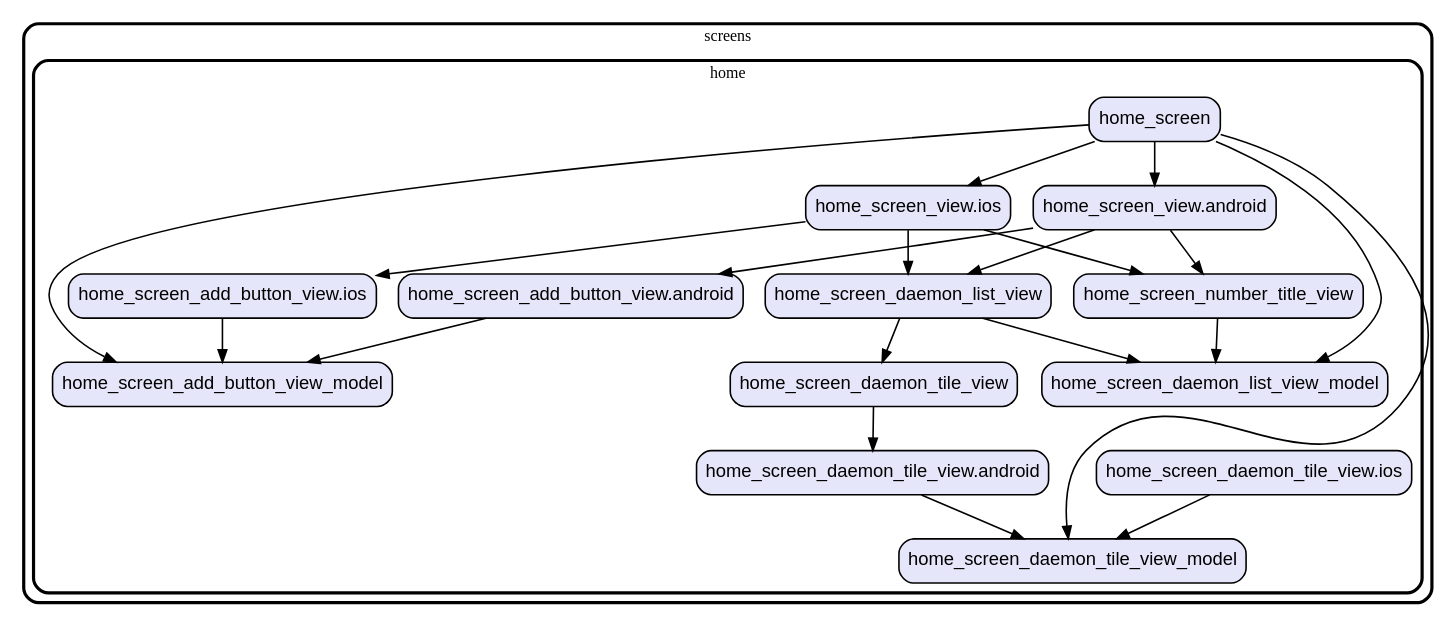
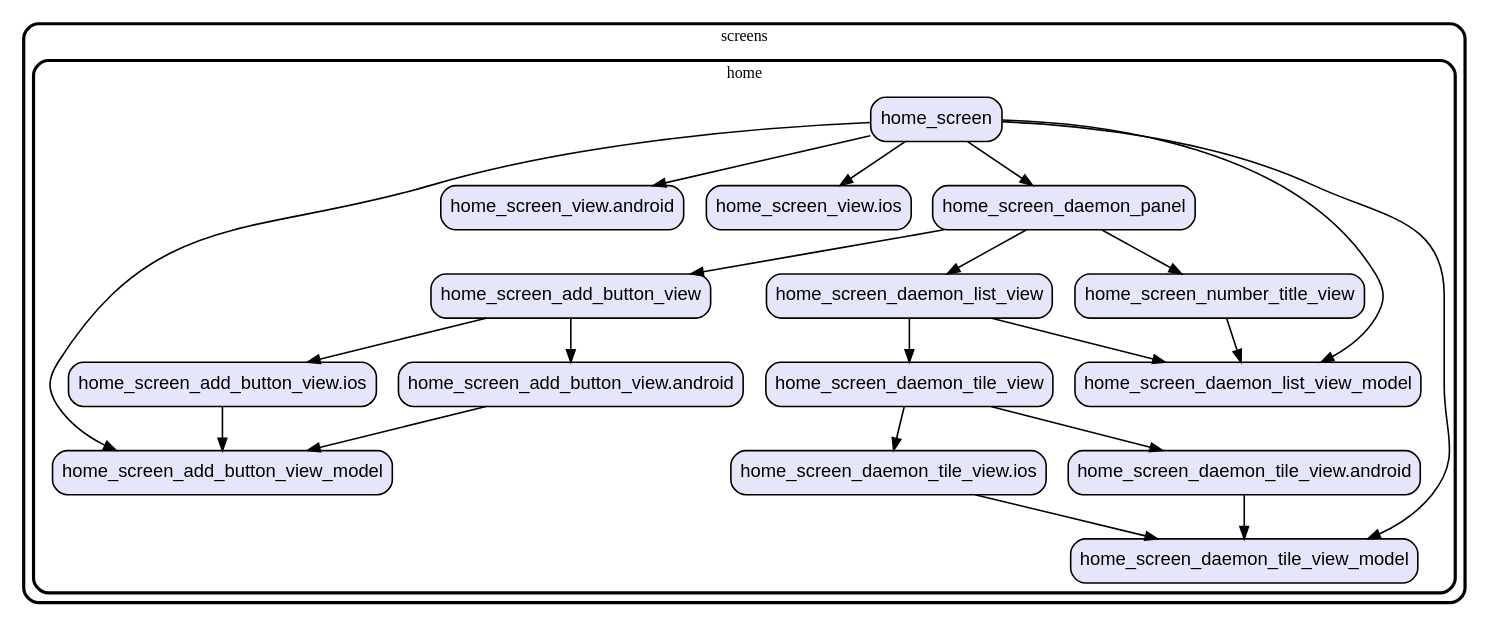
One commit to gev/reacthome-mobile changed the diagram in graph/lib/ui/screens.dot. Above: the diagram before and after it, drawn with Graphviz. The commit also changed 4 other files, not shown here.

Commit message:
update dependencies graph

```diff
--- a/graph/lib/ui/screens.dot
+++ b/graph/lib/ui/screens.dot
@@ -1,56 +1,61 @@
 digraph "" {
   graph [style=rounded fontname="Arial Black" fontsize=13 penwidth=2.6];
   node [shape=rect style="filled,rounded" fontname=Arial fontsize=15 fillcolor=Lavender penwidth=1.3];
   edge [penwidth=1.3];
   "/home/home_screen_daemon_tile_view.ios.dart" [label="home_screen_daemon_tile_view.ios"];
   "/home/home_screen_number_title_view.dart" [label="home_screen_number_title_view"];
+  "/home/home_screen_add_button_view.dart" [label="home_screen_add_button_view"];
   "/home/home_screen_add_button_view_model.dart" [label="home_screen_add_button_view_model"];
   "/home/home_screen_add_button_view.android.dart" [label="home_screen_add_button_view.android"];
   "/home/home_screen_view.android.dart" [label="home_screen_view.android"];
   "/home/home_screen_view.ios.dart" [label="home_screen_view.ios"];
   "/home/home_screen_daemon_tile_view_model.dart" [label="home_screen_daemon_tile_view_model"];
+  "/home/home_screen_daemon_panel.dart" [label="home_screen_daemon_panel"];
   "/home/home_screen_daemon_list_view_model.dart" [label="home_screen_daemon_list_view_model"];
   "/home/home_screen_daemon_tile_view.android.dart" [label="home_screen_daemon_tile_view.android"];
   "/home/home_screen_daemon_list_view.dart" [label="home_screen_daemon_list_view"];
   "/home/home_screen.dart" [label="home_screen"];
   "/home/home_screen_add_button_view.ios.dart" [label="home_screen_add_button_view.ios"];
   "/home/home_screen_daemon_tile_view.dart" [label="home_screen_daemon_tile_view"];
   subgraph "cluster~" {
     label="screens";
     subgraph "cluster~/home" {
       label="home";
       "/home/home_screen_daemon_tile_view.ios.dart";
       "/home/home_screen_number_title_view.dart";
+      "/home/home_screen_add_button_view.dart";
       "/home/home_screen_add_button_view_model.dart";
       "/home/home_screen_add_button_view.android.dart";
       "/home/home_screen_view.android.dart";
       "/home/home_screen_view.ios.dart";
       "/home/home_screen_daemon_tile_view_model.dart";
+      "/home/home_screen_daemon_panel.dart";
       "/home/home_screen_daemon_list_view_model.dart";
       "/home/home_screen_daemon_tile_view.android.dart";
       "/home/home_screen_daemon_list_view.dart";
       "/home/home_screen.dart";
       "/home/home_screen_add_button_view.ios.dart";
       "/home/home_screen_daemon_tile_view.dart";
     }
   }
   "/home/home_screen_daemon_tile_view.ios.dart" -> "/home/home_screen_daemon_tile_view_model.dart";
   "/home/home_screen_number_title_view.dart" -> "/home/home_screen_daemon_list_view_model.dart";
+  "/home/home_screen_add_button_view.dart" -> "/home/home_screen_add_button_view.android.dart";
+  "/home/home_screen_add_button_view.dart" -> "/home/home_screen_add_button_view.ios.dart";
   "/home/home_screen_add_button_view.android.dart" -> "/home/home_screen_add_button_view_model.dart";
-  "/home/home_screen_view.android.dart" -> "/home/home_screen_add_button_view.android.dart";
-  "/home/home_screen_view.android.dart" -> "/home/home_screen_daemon_list_view.dart";
-  "/home/home_screen_view.android.dart" -> "/home/home_screen_number_title_view.dart";
-  "/home/home_screen_view.ios.dart" -> "/home/home_screen_add_button_view.ios.dart";
-  "/home/home_screen_view.ios.dart" -> "/home/home_screen_daemon_list_view.dart";
-  "/home/home_screen_view.ios.dart" -> "/home/home_screen_number_title_view.dart";
+  "/home/home_screen_daemon_panel.dart" -> "/home/home_screen_add_button_view.dart";
+  "/home/home_screen_daemon_panel.dart" -> "/home/home_screen_daemon_list_view.dart";
+  "/home/home_screen_daemon_panel.dart" -> "/home/home_screen_number_title_view.dart";
   "/home/home_screen_daemon_tile_view.android.dart" -> "/home/home_screen_daemon_tile_view_model.dart";
   "/home/home_screen_daemon_list_view.dart" -> "/home/home_screen_daemon_list_view_model.dart";
   "/home/home_screen_daemon_list_view.dart" -> "/home/home_screen_daemon_tile_view.dart";
   "/home/home_screen.dart" -> "/home/home_screen_add_button_view_model.dart";
   "/home/home_screen.dart" -> "/home/home_screen_daemon_list_view_model.dart";
+  "/home/home_screen.dart" -> "/home/home_screen_daemon_panel.dart";
   "/home/home_screen.dart" -> "/home/home_screen_daemon_tile_view_model.dart";
   "/home/home_screen.dart" -> "/home/home_screen_view.android.dart";
   "/home/home_screen.dart" -> "/home/home_screen_view.ios.dart";
   "/home/home_screen_add_button_view.ios.dart" -> "/home/home_screen_add_button_view_model.dart";
   "/home/home_screen_daemon_tile_view.dart" -> "/home/home_screen_daemon_tile_view.android.dart";
+  "/home/home_screen_daemon_tile_view.dart" -> "/home/home_screen_daemon_tile_view.ios.dart";
 }
```
